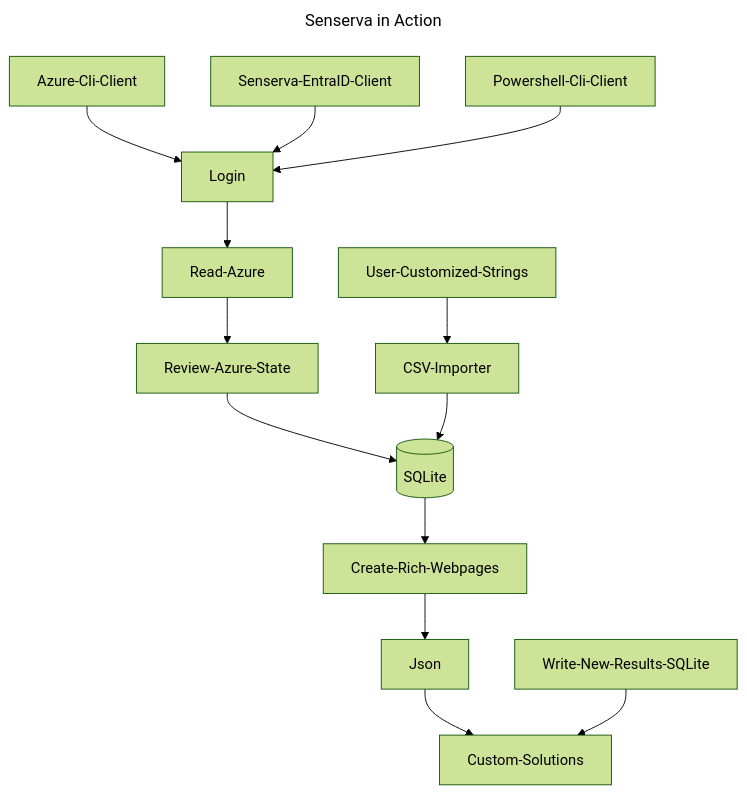
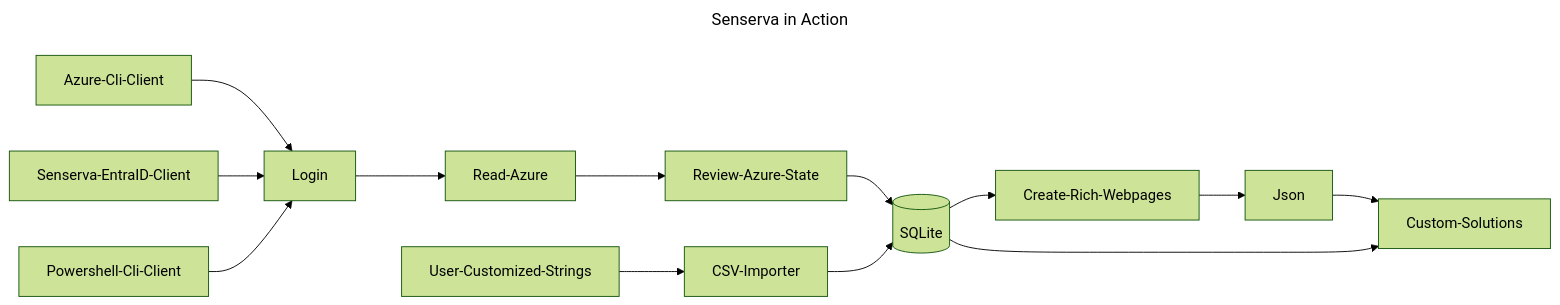
One commit to Senserva-LLC/Senserva-Inquisitor changed the diagram in README.md. Above: the diagram before and after it, drawn with Mermaid (forest theme).

````diff
--- a/README.md
+++ b/README.md
@@ -28,17 +28,17 @@
 ```mermaid
 ---
 title: Senserva in Action
 ---
 
 
-graph TD;
+graph LR;
     Login --> Read-Azure --> Review-Azure-State --> Database[(SQLite)] --> Create-Rich-Webpages;
     Azure-Cli-Client-->Login;
     Senserva-EntraID-Client-->Login;
     Powershell-Cli-Client -->Login;
     User-Customized-Strings --> CSV-Importer;
     CSV-Importer --> Database[(SQLite)]
     Create-Rich-Webpages --> Json;
     Json --> Custom-Solutions;
-    Write-New-Results-SQLite --> Custom-Solutions
+    Database[(SQLite)] --> Custom-Solutions
 ```
````
